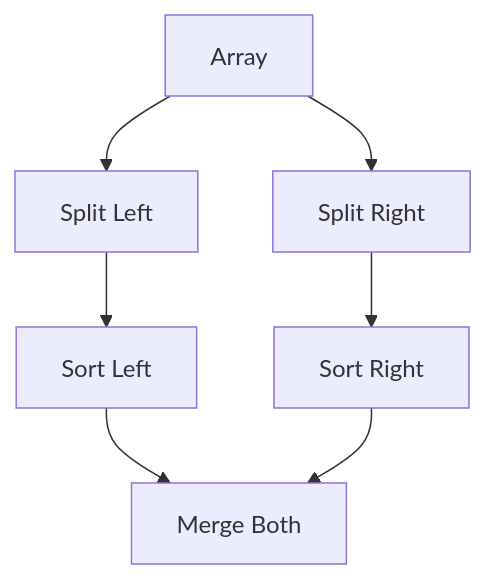
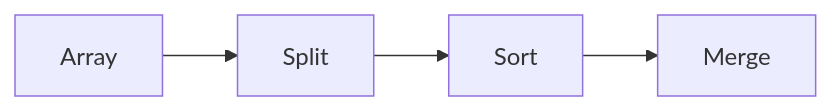
The third of 4 diagrams in 03-Python/README.md (fanquanpp/MyNotebook), drawn with Mermaid before and after one commit. The commit also changed other lines of this file and 3 other files, not shown here.

````diff
--- a/03-Python/README.md
+++ b/03-Python/README.md
@@ -327,9 +317,4 @@
 ```mermaid
-graph TD
-    A[Array] --> B[Split Left]
-    A --> C[Split Right]
-    B --> D[Sort Left]
-    C --> E[Sort Right]
-    D --> F[Merge Both]
-    E --> F
+graph LR
+    A[Array] --> B[Split] --> C[Sort] --> D[Merge]
 ```
````
